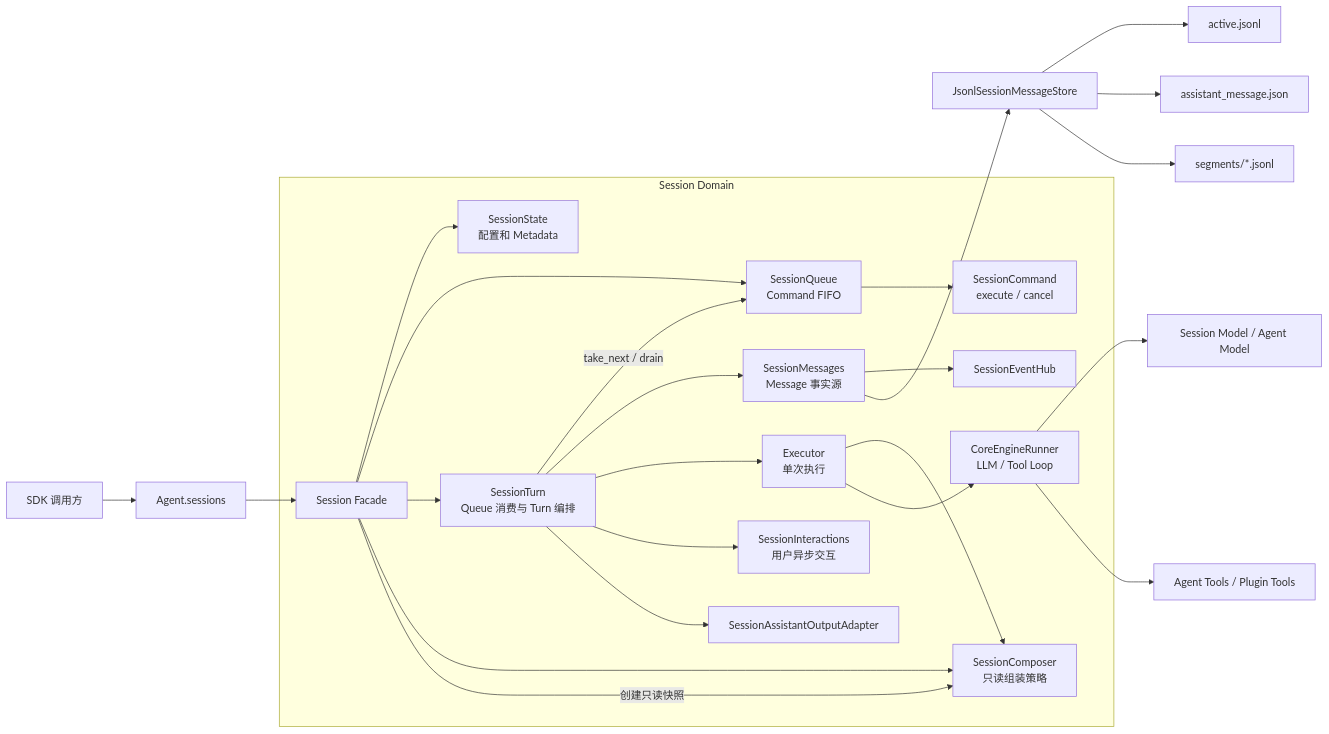
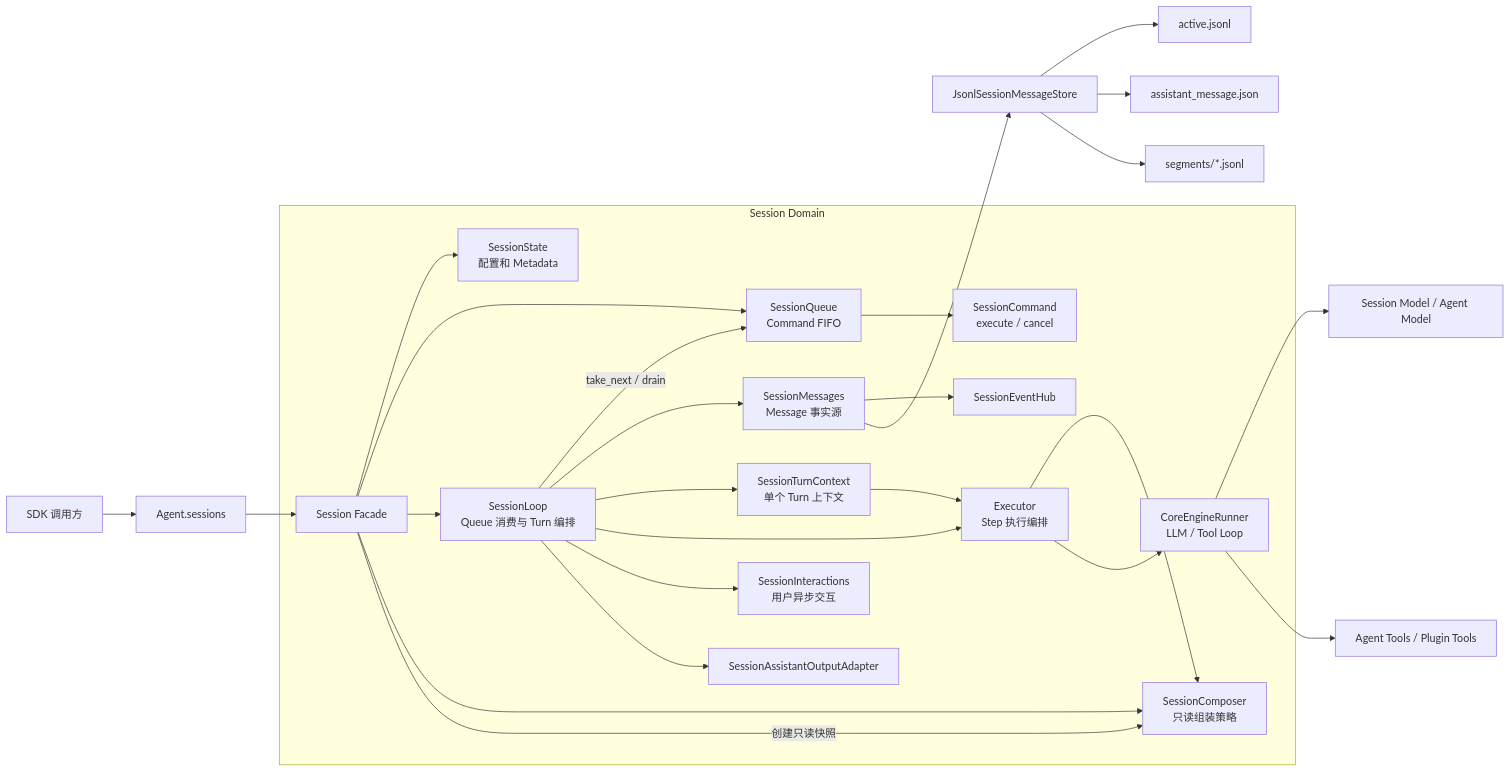
One commit to genesiscosmos/downcity changed the first of 3 diagrams in docs/session-runtime-architecture.md. Above: the diagram before and after it, drawn with Mermaid. The commit also changed other lines of this file and 119 other files, not shown here.

````diff
--- a/docs/session-runtime-architecture.md
+++ b/docs/session-runtime-architecture.md
@@ -32,29 +32,31 @@
 ```mermaid
 flowchart LR
     Caller["SDK 调用方"] --> AgentSessions["Agent.sessions"]
     AgentSessions --> Session["Session Facade"]
 
     subgraph SessionDomain["Session Domain"]
         Session --> State["SessionState<br/>配置和 Metadata"]
         Session --> Queue["SessionQueue<br/>Command FIFO"]
-        Session --> Turn["SessionTurn<br/>Queue 消费与 Turn 编排"]
+        Session --> Loop["SessionLoop<br/>Queue 消费与 Turn 编排"]
         Queue --> QueueCommand["SessionCommand<br/>execute / cancel"]
-        Turn -->|"take_next / drain"| Queue
-        Turn --> Messages["SessionMessages<br/>Message 事实源"]
-        Turn --> Executor["Executor<br/>单次执行"]
+        Loop -->|"take_next / drain"| Queue
+        Loop --> Messages["SessionMessages<br/>Message 事实源"]
+        Loop --> Context["SessionTurnContext<br/>单个 Turn 上下文"]
+        Loop --> Executor["Executor<br/>Step 执行编排"]
+        Context --> Executor
         Session --> Composer["SessionComposer<br/>只读组装策略"]
         Executor --> Composer
         Executor --> Engine["CoreEngineRunner<br/>LLM / Tool Loop"]
-        Turn --> Interactions["SessionInteractions<br/>用户异步交互"]
-        Turn --> Output["SessionAssistantOutputAdapter"]
+        Loop --> Interactions["SessionInteractions<br/>用户异步交互"]
+        Loop --> Output["SessionAssistantOutputAdapter"]
         Messages --> Events["SessionEventHub"]
     end
 
     Session -->|"创建只读快照"| Composer
     Messages --> Store["JsonlSessionMessageStore"]
     Store --> Active["active.jsonl"]
     Store --> Draft["assistant_message.json"]
     Store --> Segments["segments/*.jsonl"]
     Engine --> Model["Session Model / Agent Model"]
     Engine --> Tools["Agent Tools / Plugin Tools"]
 ```
````
